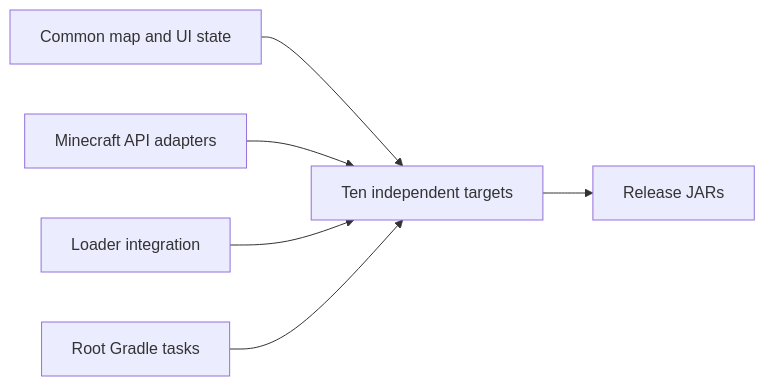
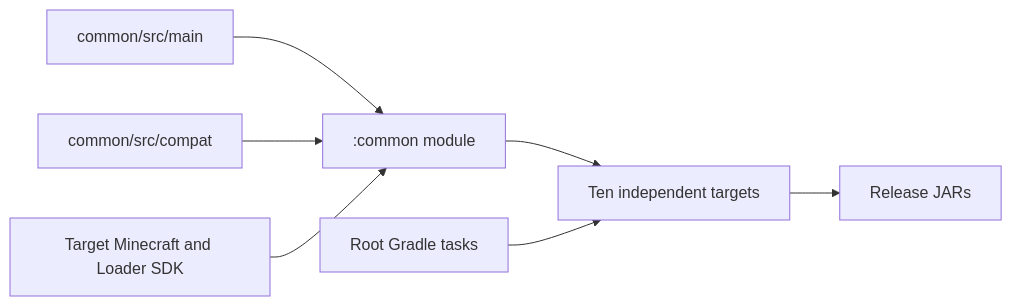
One commit to kltyton/XaeroWorldMapEarth changed the diagram in README.md. Above: the diagram before and after it, drawn with Mermaid. The commit also changed other lines of this file and 266 other files, not shown here.

````diff
--- a/README.md
+++ b/README.md
@@ -73,8 +73,9 @@
 ```mermaid
 flowchart LR
-    Common[Common map and UI state] --> Targets[Ten independent targets]
-    Versions[Minecraft API adapters] --> Targets
-    Loaders[Loader integration] --> Targets
+    Main[common/src/main] --> Common[:common module]
+    Compat[common/src/compat] --> Common
+    SDK[Target Minecraft and Loader SDK] --> Common
+    Common --> Targets[Ten independent targets]
     Root[Root Gradle tasks] --> Targets
     Targets --> Jars[Release JARs]
 ```
````
